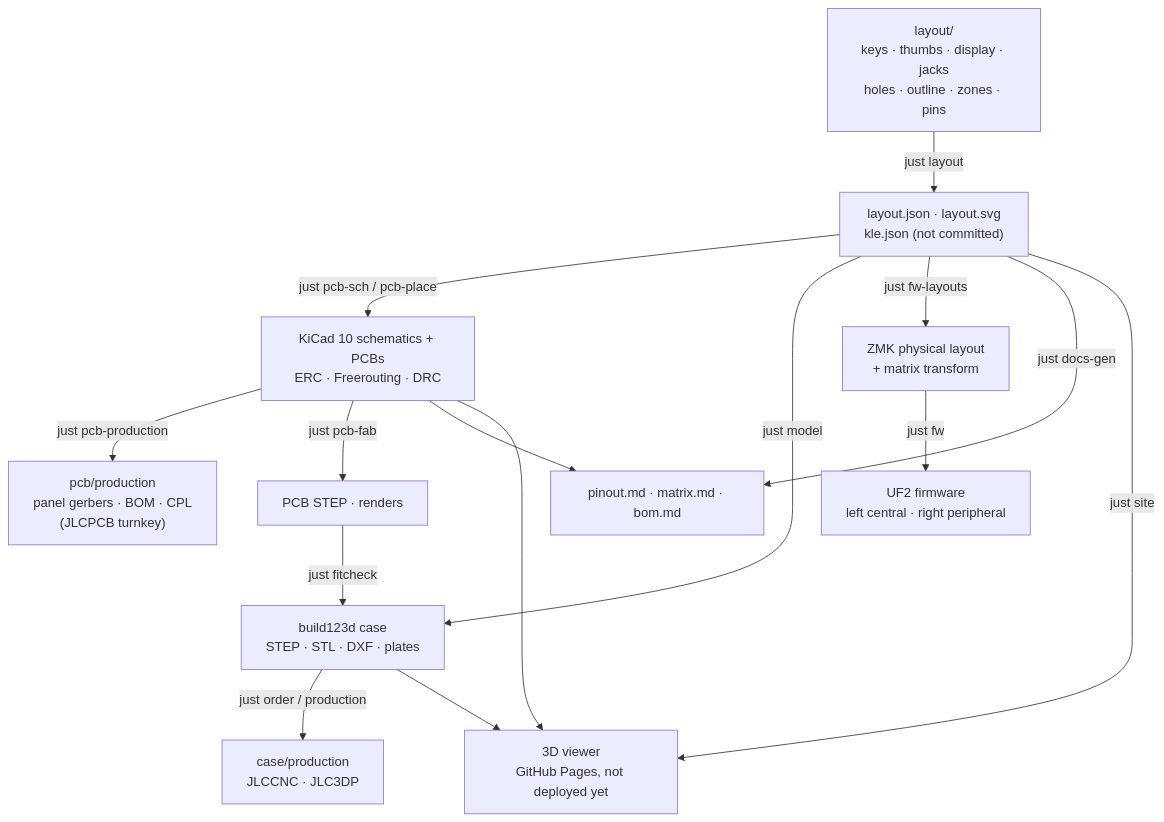
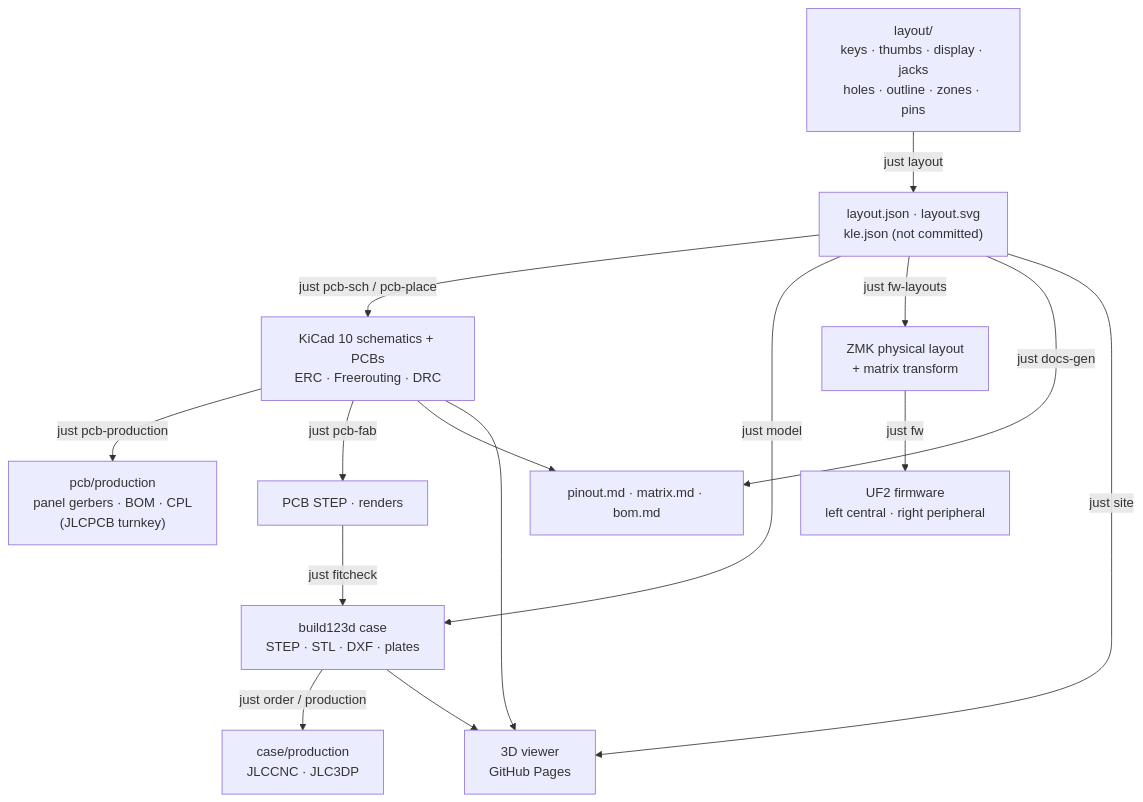
The second of 2 diagrams in README.md (w0rxbend/worxboard), drawn with Mermaid before and after one commit. The commit also changed other lines of this file and 8 other files, not shown here.

````diff
--- a/README.md
+++ b/README.md
@@ -443,17 +443,17 @@
 ```mermaid
 flowchart TB
     L["layout/<br/>keys · thumbs · display · jacks<br/>holes · outline · zones · pins"] -->|just layout| J["layout.json · layout.svg<br/>kle.json (not committed)"]
     J -->|just pcb-sch / pcb-place| P["KiCad 10 schematics + PCBs<br/>ERC · Freerouting · DRC"]
     P -->|just pcb-production| F["pcb/production<br/>panel gerbers · BOM · CPL<br/>(JLCPCB turnkey)"]
     P -->|just pcb-fab| S["PCB STEP · renders"]
     J -->|just model| C["build123d case<br/>STEP · STL · DXF · plates"]
     S -->|just fitcheck| C
     C -->|just order / production| O["case/production<br/>JLCCNC · JLC3DP"]
     J -->|just fw-layouts| Z["ZMK physical layout<br/>+ matrix transform"]
     Z -->|just fw| U["UF2 firmware<br/>left central · right peripheral"]
     J -->|just docs-gen| D["pinout.md · matrix.md · bom.md"]
     P --> D
-    J -->|just site| W["3D viewer<br/>GitHub Pages, not deployed yet"]
+    J -->|just site| W["3D viewer<br/>GitHub Pages"]
     P --> W
     C --> W
 ```
````
